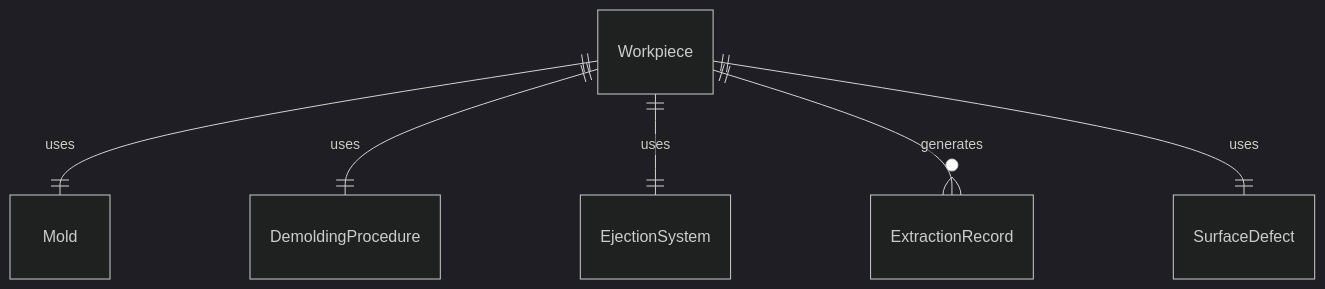
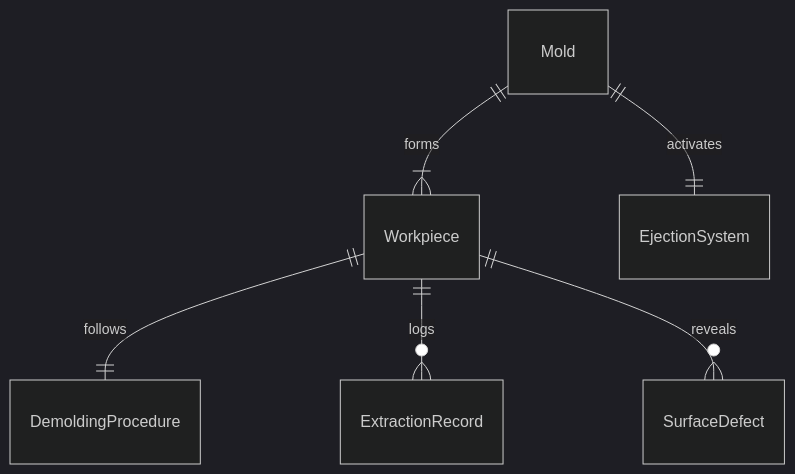
One commit to dot-org-ai/tasks.org.ai changed the first of 4 diagrams in HandlingAndMovingObjects/RemoveWorkpiecesFromProductionEquipment/RemoveWorkpiecesMolds.mdx. Above: the diagram before and after it, drawn with Mermaid (dark theme). The commit also changed other lines of this file and 515 other files, not shown here.

````diff
--- a/HandlingAndMovingObjects/RemoveWorkpiecesFromProductionEquipment/RemoveWorkpiecesMolds.mdx
+++ b/HandlingAndMovingObjects/RemoveWorkpiecesFromProductionEquipment/RemoveWorkpiecesMolds.mdx
@@ -88,8 +88,8 @@
 ```mermaid
 erDiagram
-    Workpiece ||--|| Mold : "uses"
-    Workpiece ||--|| DemoldingProcedure : "uses"
-    Workpiece ||--|| EjectionSystem : "uses"
-    Workpiece ||--o{ ExtractionRecord : "generates"
-    Workpiece ||--|| SurfaceDefect : "uses"
+    Mold ||--|{ Workpiece : "forms"
+    Workpiece ||--|| DemoldingProcedure : "follows"
+    Mold ||--|| EjectionSystem : "activates"
+    Workpiece ||--o{ ExtractionRecord : "logs"
+    Workpiece ||--o{ SurfaceDefect : "reveals"
 ```
````
